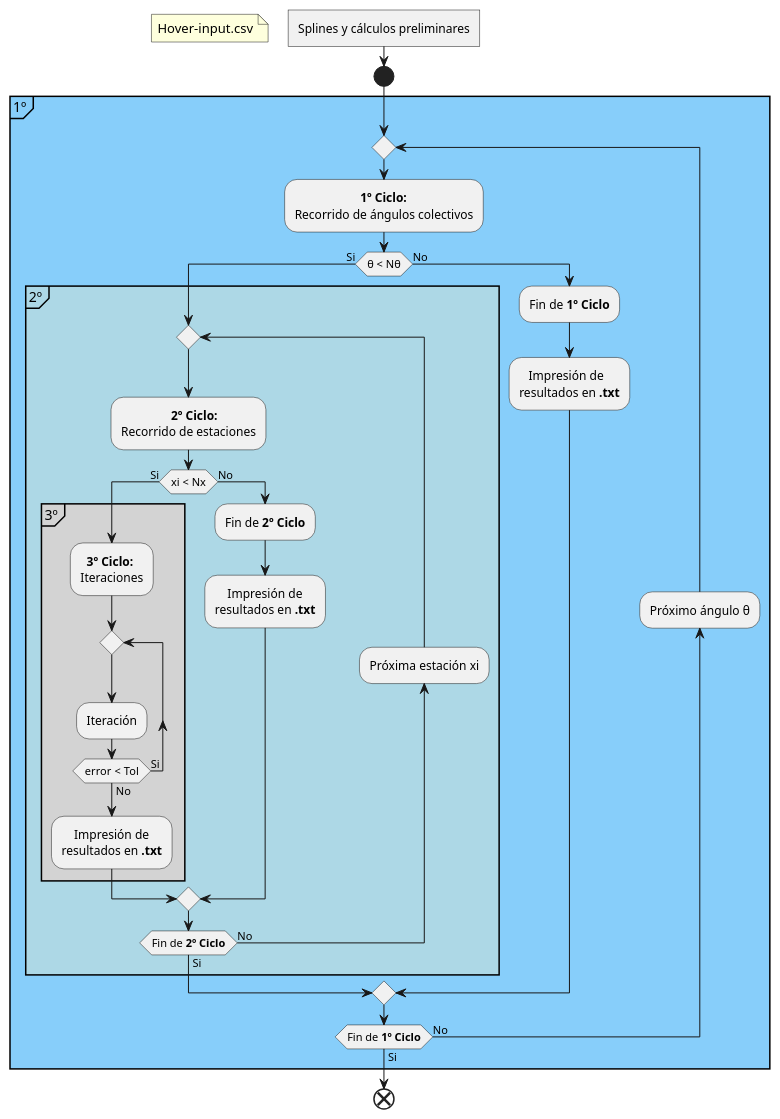
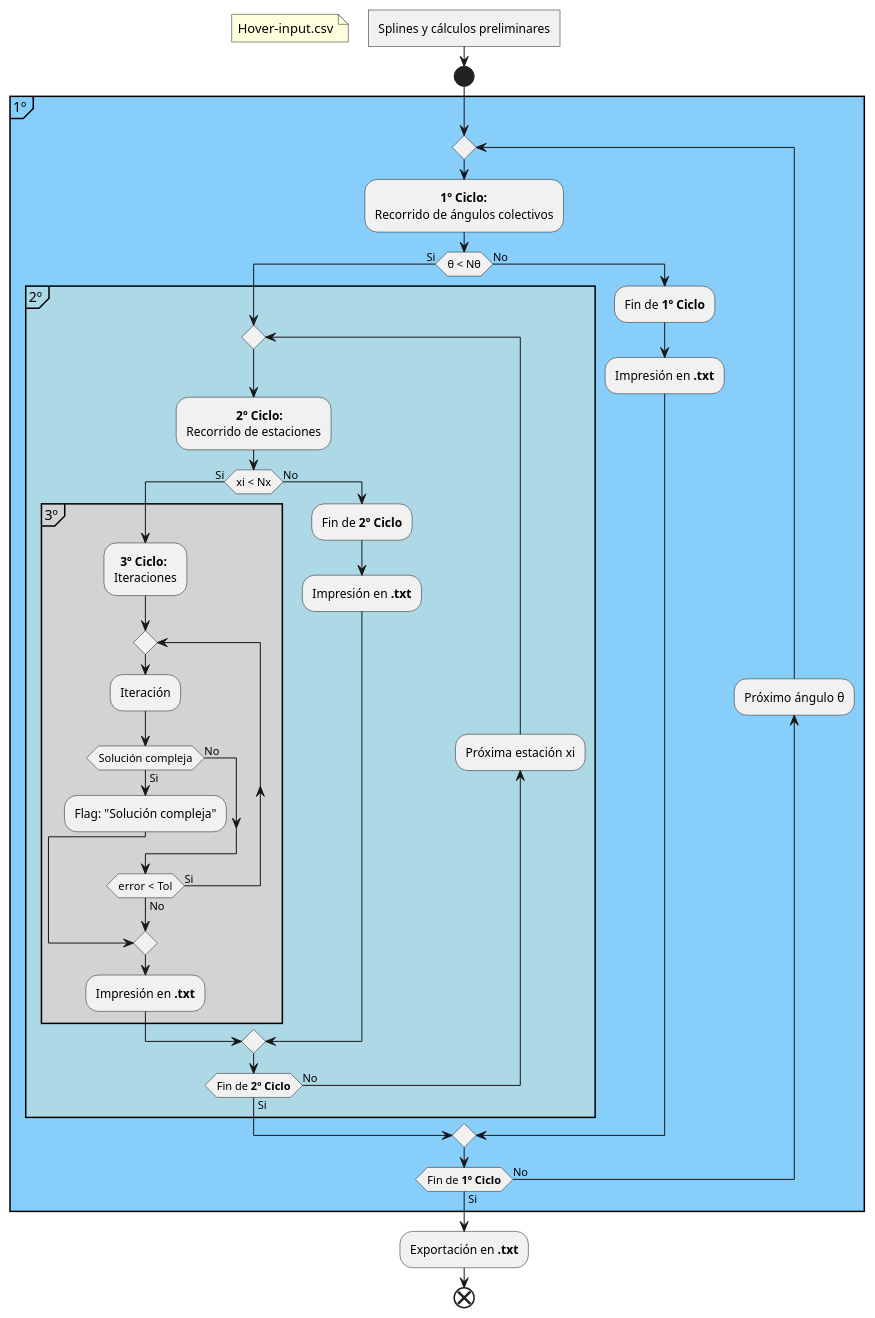
The diagram in Images/Hover-diagrama_de_flujo.puml (MartinPepa/Aero-II-codigos), drawn with PlantUML before and after one commit. The commit also changed 2 other files, not shown here.

Commit message:
Commit description: Helian flow diagram Username: MartinPepa Date: 14/02/24 Changes description: Helian flow diagram added and Hover flow diagram modified Related collaborators: N/A Related issues: N/A

```diff
--- a/Images/Hover-diagrama_de_flujo.puml
+++ b/Images/Hover-diagrama_de_flujo.puml
@@ -1,46 +1,50 @@
 @startuml Hover-Fiagrama-de-Flujo
 
 <style>
 activityDiagram {
     FontName arial
 }
 </style>
 
 :Splines y cálculos preliminares]
 floating note left: Hover-input.csv
 
 start
 partition 1º #LightSkyBlue {
-repeat
-    :\t\t     **1º Ciclo:**\nRecorrido de ángulos colectivos;
-    if (θ < Nθ) then (Si)
-        partition 2º #LightBlue {
-        repeat
-            :\t\t**2º Ciclo:**\nRecorrido de estaciones;
-            if (xi < Nx) then (Si)
-                partition 3º #LightGrey {
-                :  **3º Ciclo:**\nIteraciones;
+    repeat
+        :\t\t     **1º Ciclo:**\nRecorrido de ángulos colectivos;
+        if (θ < Nθ) then (Si)
+            partition 2º #LightBlue {
                 repeat
-                    :Iteración;
-                repeat while (error < Tol) is (Si) not (No)
-                :    Impresión de
-                resultados en **.txt**;
-                }
-            else (No)
-                :Fin de **2º Ciclo**;
-                :    Impresión de
-                resultados en **.txt**;
-            endif
-            backward:Próxima estación xi;
-        repeat while (Fin de **2º Ciclo**) is (No) not (Si)
-        }
-    else (No)
-        :Fin de **1º Ciclo**;
-        :   Impresión de\nresultados en **.txt**;
-    endif
+                    :\t\t**2º Ciclo:**\nRecorrido de estaciones;
+                    if (xi < Nx) then (Si)
+                        partition 3º #LightGrey {
+                            :  **3º Ciclo:**\nIteraciones;
+                            repeat
+                                :Iteración;
+                                if (Solución compleja) then (Si)
+                                    :Flag: "Solución compleja";
+                                break
+                                else (No)
+                                endif
+                            repeat while (error < Tol) is (Si) not (No)
+                            :Impresión en **.txt**;
+                        }
+                    else (No)
+                        :Fin de **2º Ciclo**;
+                        :Impresión en **.txt**;
+                    endif
+                backward:Próxima estación xi;
+                repeat while (Fin de **2º Ciclo**) is (No) not (Si)
+            }
+        else (No)
+            :Fin de **1º Ciclo**;
+            :Impresión en **.txt**;
+        endif
     backward :Próximo ángulo θ;
-repeat while (Fin de **1º Ciclo**) is (No) not (Si)
+    repeat while (Fin de **1º Ciclo**) is (No) not (Si)
 }
+:Exportación en **.txt**;
 end
 
 @endump
```
